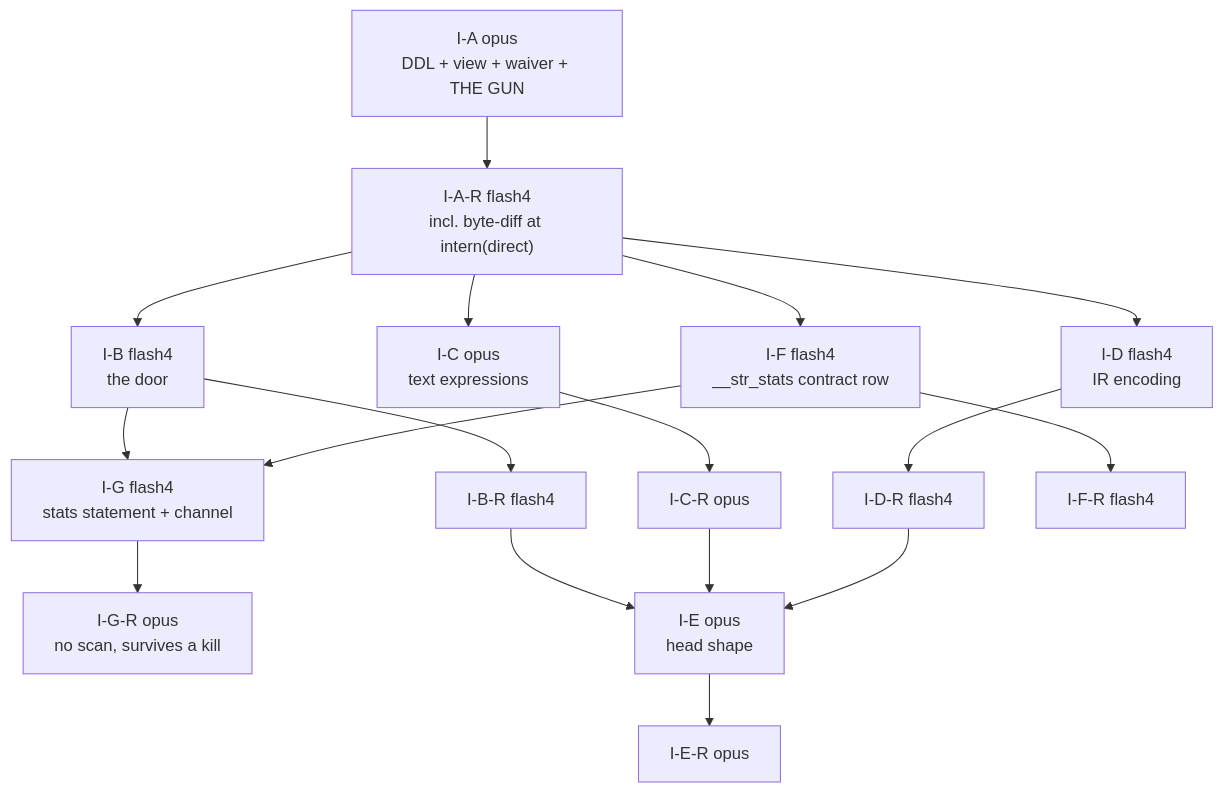
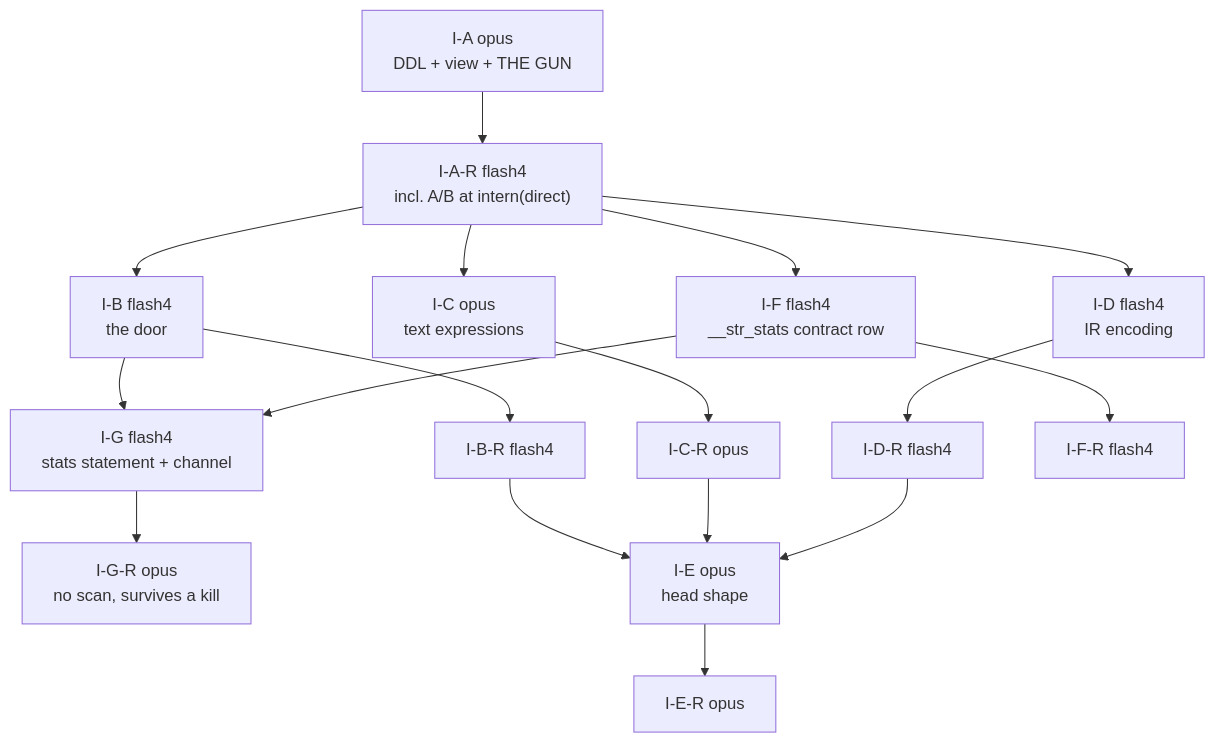
One commit to hafley66/sprefa changed the fifth of 5 diagrams in plans/2026-08-08-interning-contract.md. Above: the diagram before and after it, drawn with Mermaid. The commit also changed other lines of this file and 1 other file, not shown here.

Commit message:
plans: interning contract rev 3, uniform interning, no per-column waiver

````diff
--- a/plans/2026-08-08-interning-contract.md
+++ b/plans/2026-08-08-interning-contract.md
@@ -1377,19 +1535,19 @@
 ```mermaid
 flowchart TD
-  IA["I-A opus<br/>DDL + view + waiver + THE GUN"] --> IAR["I-A-R flash4<br/>incl. byte-diff at intern(direct)"]
+  IA["I-A opus<br/>DDL + view + THE GUN"] --> IAR["I-A-R flash4<br/>incl. A/B at intern(direct)"]
   IAR --> IB["I-B flash4<br/>the door"]
   IAR --> IC["I-C opus<br/>text expressions"]
   IAR --> ID["I-D flash4<br/>IR encoding"]
   IAR --> IF["I-F flash4<br/>__str_stats contract row"]
   IB --> IG["I-G flash4<br/>stats statement + channel"]
   IF --> IG
   IB --> IBR["I-B-R flash4"]
   IC --> ICR["I-C-R opus"]
   ID --> IDR["I-D-R flash4"]
   IF --> IFR["I-F-R flash4"]
   IG --> IGR["I-G-R opus<br/>no scan, survives a kill"]
   IBR --> IE["I-E opus<br/>head shape"]
   ICR --> IE
   IDR --> IE
   IE --> IER["I-E-R opus"]
 ```
````
